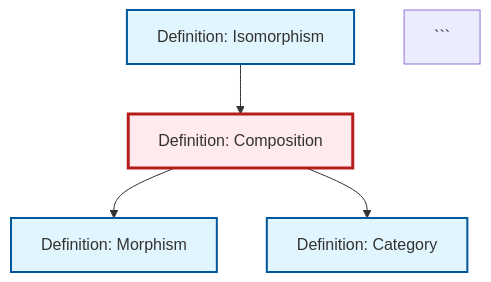
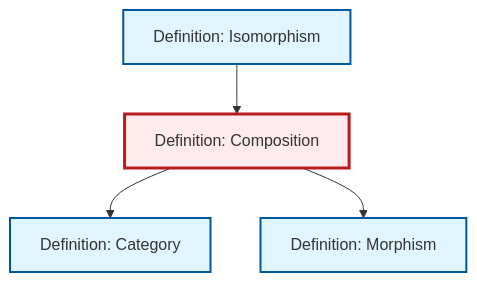
The diagram in output/mermaid/def-composition.mermaid (RK0429/ModernMath), drawn with Mermaid before and after one commit. The commit also changed 316 other files, not shown here.

````diff
--- a/output/mermaid/def-composition.mermaid
+++ b/output/mermaid/def-composition.mermaid
@@ -1,16 +1,15 @@
 %%| fig-cap: "Local dependency graph"
 graph TD
     classDef definition fill:#e1f5fe,stroke:#01579b,stroke-width:2px
     classDef theorem fill:#f3e5f5,stroke:#4a148c,stroke-width:2px
     classDef axiom fill:#fff3e0,stroke:#e65100,stroke-width:2px
     classDef example fill:#e8f5e9,stroke:#1b5e20,stroke-width:2px
     classDef current fill:#ffebee,stroke:#b71c1c,stroke-width:3px
+    def-category["Definition: Category"]:::definition
+    def-composition["Definition: Composition"]:::definition
     def-morphism["Definition: Morphism"]:::definition
     def-isomorphism["Definition: Isomorphism"]:::definition
-    def-category["Definition: Category"]:::definition
-    def-composition["Definition: Composition"]:::definition
     def-isomorphism --> def-composition
+    def-composition --> def-category
     def-composition --> def-morphism
-    def-composition --> def-category
     class def-composition current
-```
````
